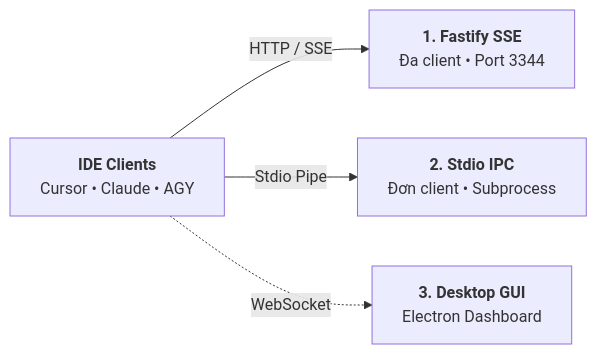
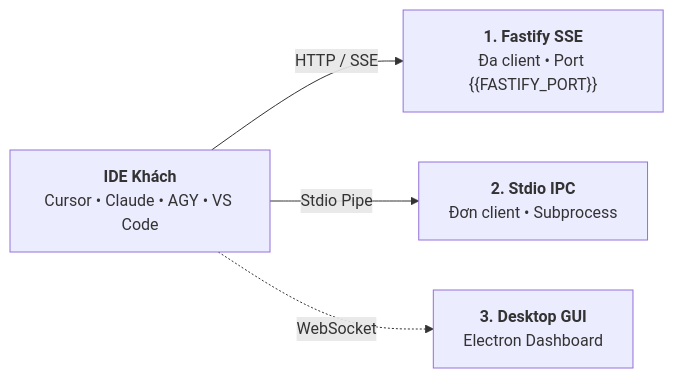
The diagram in content/docs/04-che-do-chay.md (hainguyen011/Aevum-website), drawn with Mermaid before and after one commit. The commit also changed other lines of this file and 46 other files, not shown here.

````diff
--- a/content/docs/04-che-do-chay.md
+++ b/content/docs/04-che-do-chay.md
@@ -12,7 +12,7 @@
 ```mermaid
 flowchart LR
-    IDE["<b>IDE Clients</b><br/>Cursor • Claude • AGY"]
-    IDE -->|HTTP / SSE| M1["<b>1. Fastify SSE</b><br/>Đa client • Port 3344"]
+    IDE["<b>IDE Khách</b><br/>Cursor • Claude • AGY • VS Code"]
+    IDE -->|HTTP / SSE| M1["<b>1. Fastify SSE</b><br/>Đa client • Port {{FASTIFY_PORT}}"]
     IDE -->|Stdio Pipe| M2["<b>2. Stdio IPC</b><br/>Đơn client • Subprocess"]
     IDE -.->|WebSocket| M3["<b>3. Desktop GUI</b><br/>Electron Dashboard"]
 ```
````
